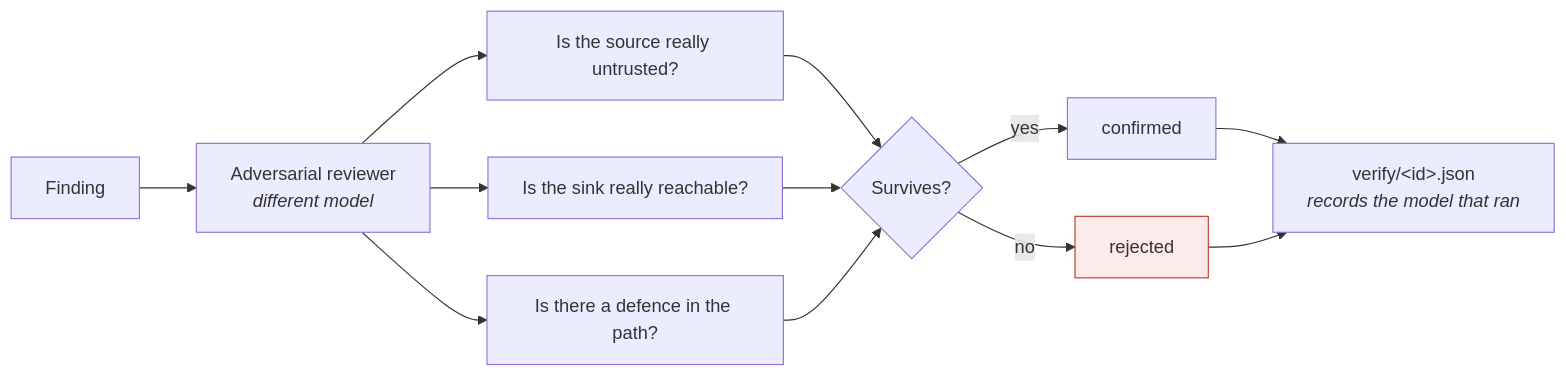
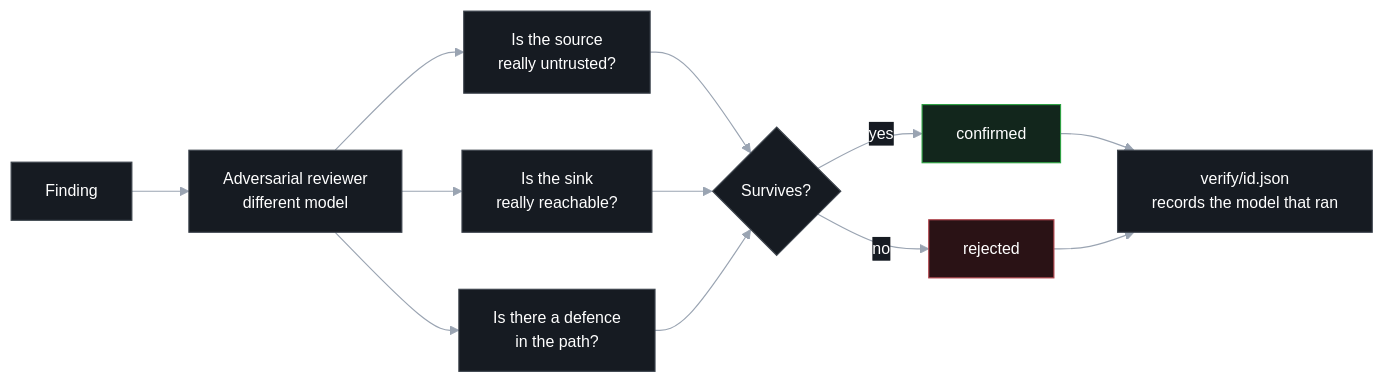
One commit to 0xsharz/pyhunt changed the eighth of 16 diagrams in docs/ARCHITECTURE.md. Above: the diagram before and after it, drawn with Mermaid. The commit also changed other lines of this file and 1 other file, not shown here.

````diff
--- a/docs/ARCHITECTURE.md
+++ b/docs/ARCHITECTURE.md
@@ -251,13 +279,19 @@
 ```mermaid
+%%{init: {"theme":"base","themeVariables":{"background":"#0d1117","primaryColor":"#161b22","primaryTextColor":"#ffffff","primaryBorderColor":"#3d444d","lineColor":"#9aa4b2","secondaryColor":"#1c2128","tertiaryColor":"#21262d","mainBkg":"#161b22","textColor":"#ffffff","nodeTextColor":"#ffffff","edgeLabelBackground":"#161b22","fontSize":"14px"}}}%%
 flowchart LR
-    F["Finding"] --> V["Adversarial reviewer<br/><i>different model</i>"]
-    V --> Q1["Is the source really untrusted?"]
-    V --> Q2["Is the sink really reachable?"]
-    V --> Q3["Is there a defence in the path?"]
+    F["Finding"] --> V["Adversarial reviewer<br/>different model"]
+    V --> Q1["Is the source<br/>really untrusted?"]
+    V --> Q2["Is the sink<br/>really reachable?"]
+    V --> Q3["Is there a defence<br/>in the path?"]
     Q1 & Q2 & Q3 --> D{"Survives?"}
     D -->|yes| KEEP["confirmed"]
     D -->|no| KILL["rejected"]
-    KEEP & KILL --> VJ["verify/&lt;id&gt;.json<br/><i>records the model that ran</i>"]
+    KEEP & KILL --> VJ["verify/id.json<br/>records the model that ran"]
 
-    style KILL fill:#fdeaea,stroke:#c0392b
+    classDef base fill:#161b22,stroke:#3d444d,color:#ffffff
+    classDef good fill:#12261c,stroke:#2ea043,color:#ffffff
+    classDef bad fill:#2a1215,stroke:#b3474f,color:#ffffff
+    class F,V,Q1,Q2,Q3,D,VJ base
+    class KEEP good
+    class KILL bad
 ```
````
